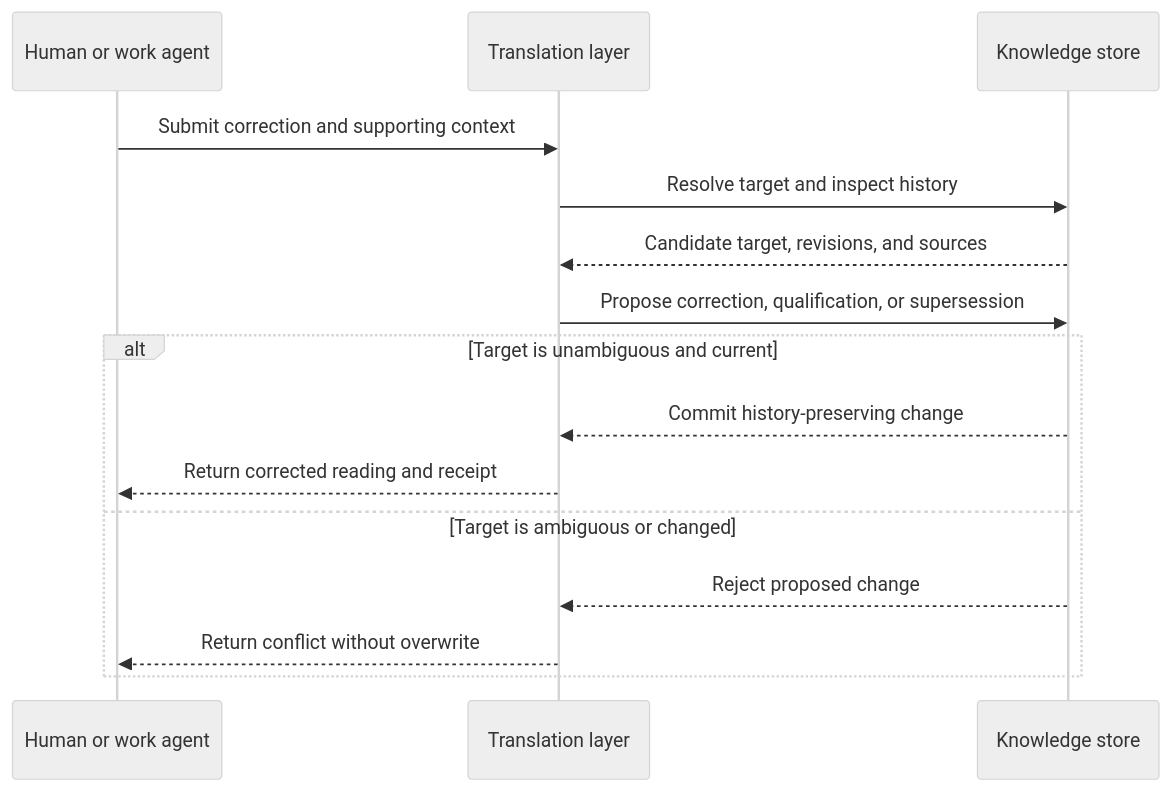
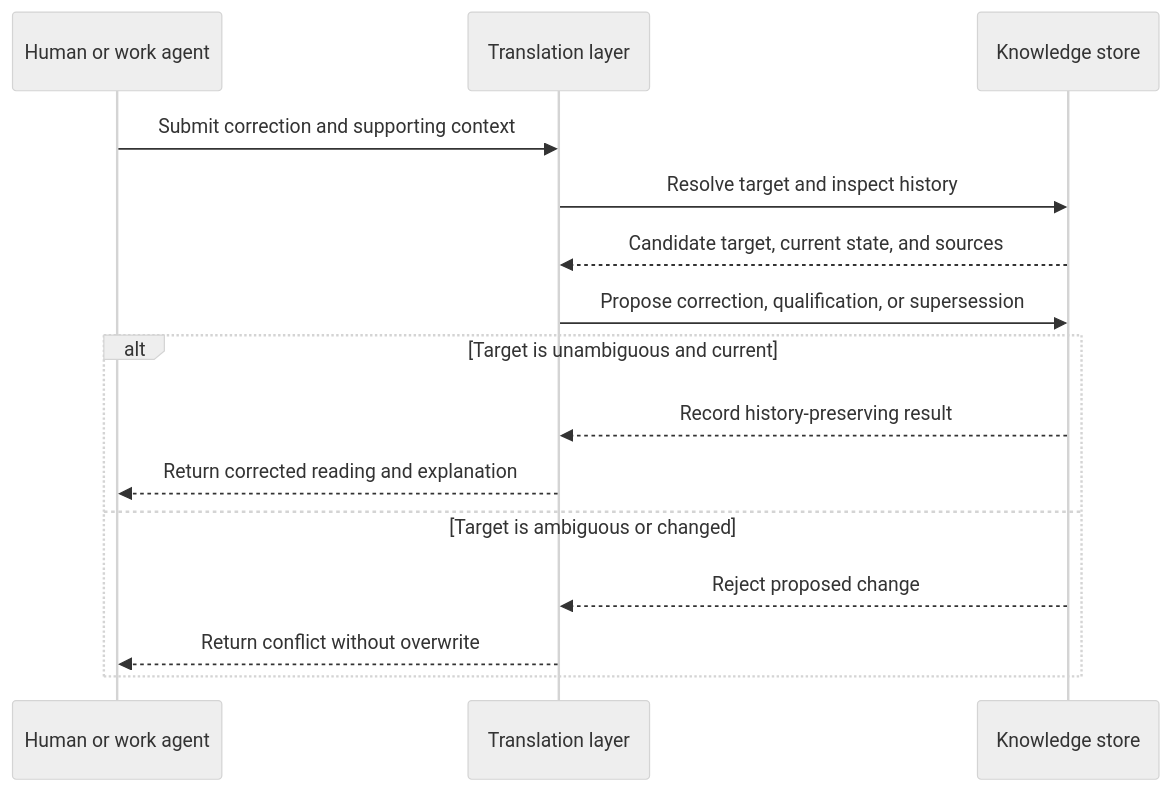
The third of 8 diagrams in docs/workflows.md (Coldaine/KNOWLEDGECRITICALSTRUCTUREPATRICKPLEASE), drawn with Mermaid (neutral theme) before and after one commit. The commit also changed other lines of this file and 9 other files, not shown here.

````diff
--- a/docs/workflows.md
+++ b/docs/workflows.md
@@ -125,17 +125,17 @@
 ```mermaid
 sequenceDiagram
     participant W as Human or work agent
     participant T as Translation layer
     participant K as Knowledge store
     W->>T: Submit correction and supporting context
     T->>K: Resolve target and inspect history
-    K-->>T: Candidate target, revisions, and sources
+    K-->>T: Candidate target, current state, and sources
     T->>K: Propose correction, qualification, or supersession
     alt Target is unambiguous and current
-        K-->>T: Commit history-preserving change
-        T-->>W: Return corrected reading and receipt
+        K-->>T: Record history-preserving result
+        T-->>W: Return corrected reading and explanation
     else Target is ambiguous or changed
         K-->>T: Reject proposed change
         T-->>W: Return conflict without overwrite
     end
 ```
````
